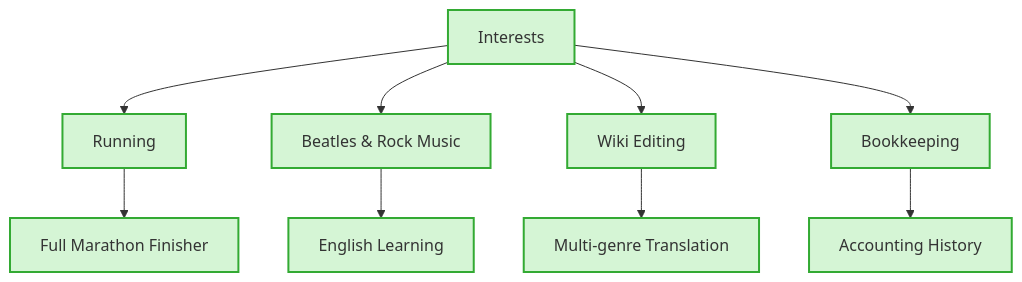
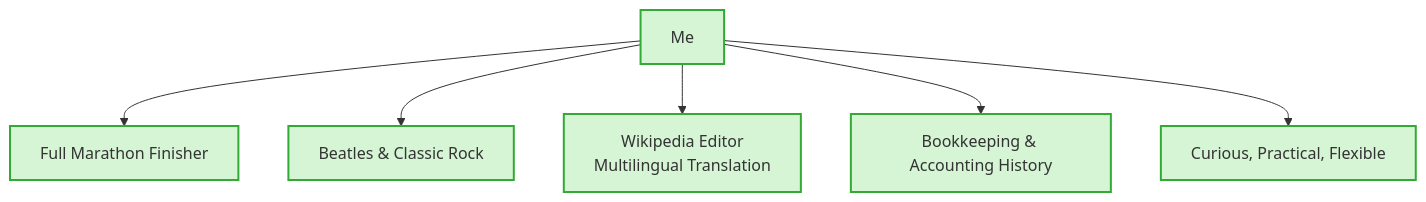
Before and after one commit to takeshiyoshida76-cell/takeshiyoshida76: the second of 2 diagrams in README.md, drawn with Mermaid. The commit also changed other lines of this file, not shown here.

````diff
--- a/README.md
+++ b/README.md
@@ -55,12 +63,9 @@
 ```mermaid
 graph TD
     classDef interest fill:#d5f5d5,stroke:#33aa33,stroke-width:2px;
-    C[Interests]:::interest --> C1[Running]:::interest
-    C --> C2[Beatles & Rock Music]:::interest
-    C --> C3[Wiki Editing]:::interest
-    C --> C4[Bookkeeping]:::interest
-    C1 --> C1a[Full Marathon Finisher]:::interest
-    C2 --> C2a[English Learning]:::interest
-    C3 --> C3a[Multi-genre Translation]:::interest
-    C4 --> C4a[Accounting History]:::interest
+    C[Me]:::interest --> C1[Full Marathon Finisher]:::interest
+    C --> C2[Beatles & Classic Rock]:::interest
+    C --> C3[Wikipedia Editor\nMultilingual Translation]:::interest
+    C --> C4[Bookkeeping & Accounting History]:::interest
+    C --> C5[Curious, Practical, Flexible]:::interest
 ```
````
